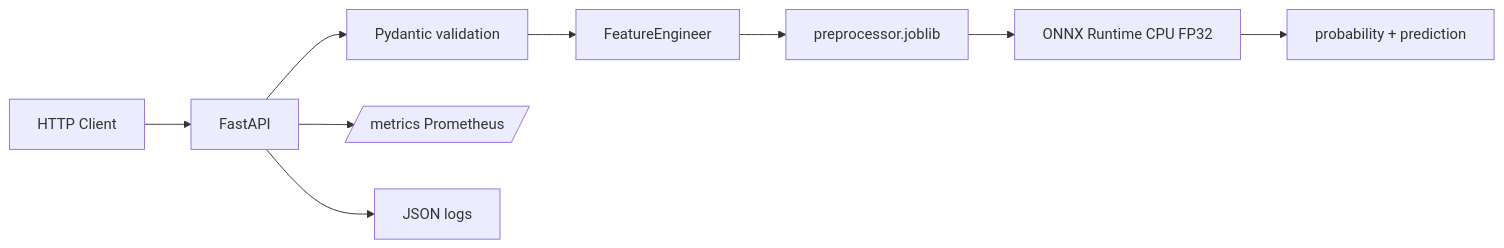
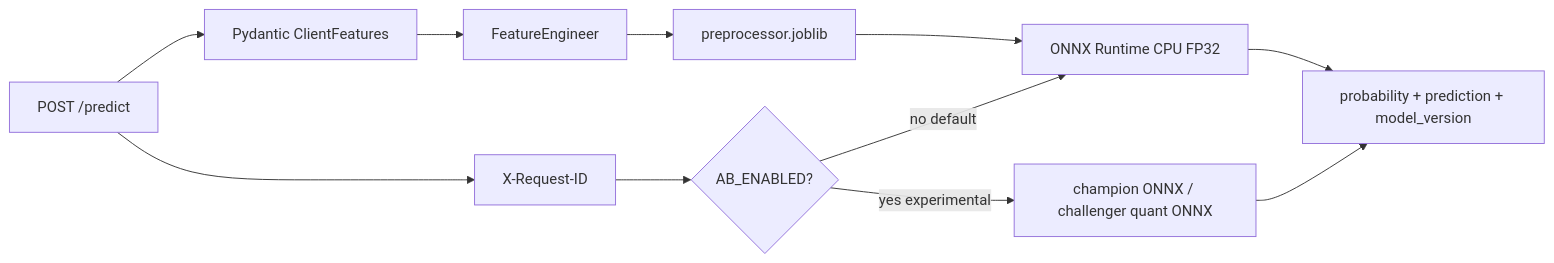
Before and after one commit to Serg2311-prog/credit-scoring-mlops-deployment: the second of 7 diagrams in docs/architecture/overview.md, drawn with Mermaid. The commit also changed other lines of this file and 19 other files, not shown here.

````diff
--- a/docs/architecture/overview.md
+++ b/docs/architecture/overview.md
@@ -10,11 +72,13 @@
 ```mermaid
 flowchart LR
-  Client[HTTP Client] --> API[FastAPI]
-  API --> Val[Pydantic validation]
-  Val --> FE[FeatureEngineer]
-  FE --> PRE[preprocessor.joblib]
-  PRE --> ORT[ONNX Runtime CPU FP32]
-  ORT --> RESP[probability + prediction]
-  API --> PROM[/metrics Prometheus/]
-  API --> LOG[JSON logs]
+  REQ[POST /predict] --> VAL[Pydantic ClientFeatures]
+  VAL --> FE[FeatureEngineer]
+  FE --> JOB[preprocessor.joblib]
+  JOB --> ORT[ONNX Runtime CPU FP32]
+  ORT --> OUT[probability + prediction + model_version]
+  REQ --> RID[X-Request-ID]
+  RID --> ABrot{AB_ENABLED?}
+  ABrot -->|no default| ORT
+  ABrot -->|yes experimental| SPLIT[champion ONNX / challenger quant ONNX]
+  SPLIT --> OUT
 ```
````
